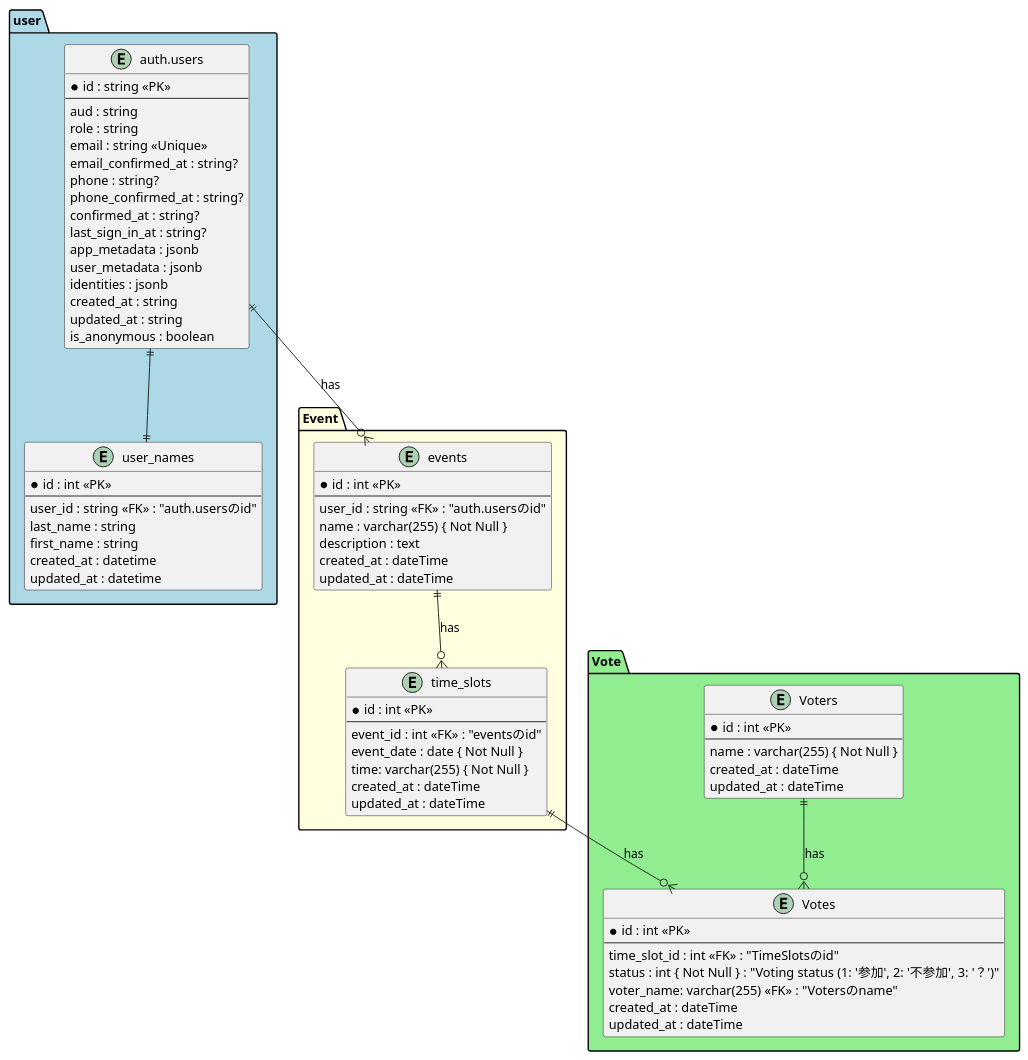
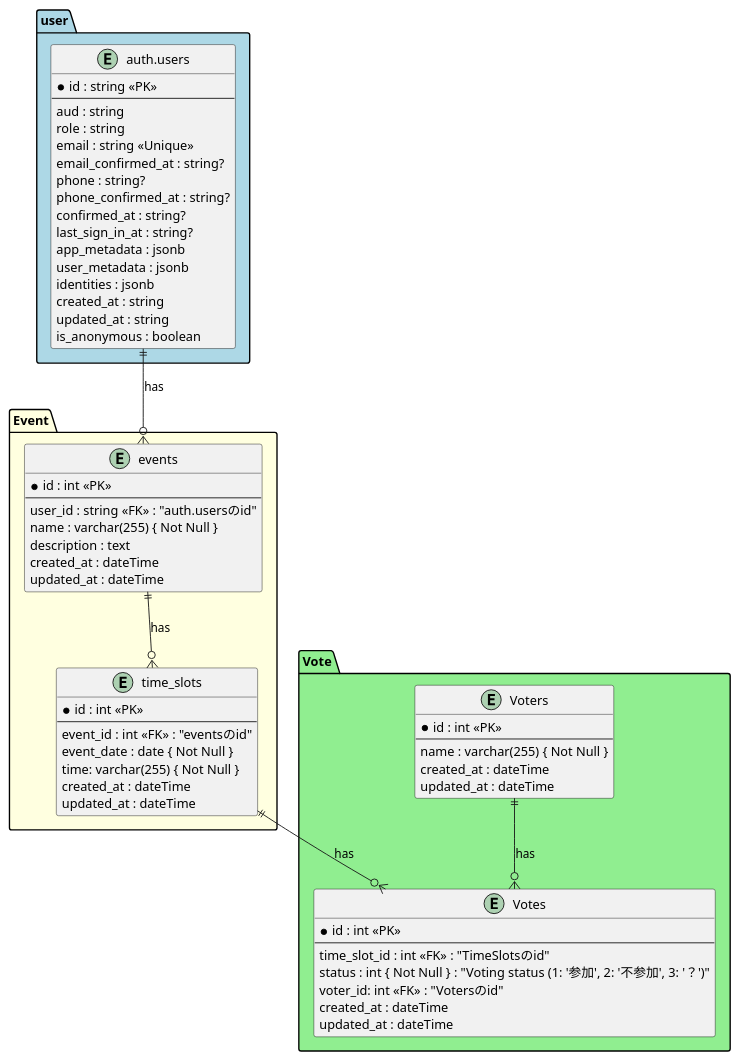
Before and after one commit to makoto0825/Schedule-Arrangement-Application: the diagram in er-diagram.puml, drawn with PlantUML.

Commit message:
🧱 ユーザーテーブルの削除およびVotesのFKをvoter_idに変更

```diff
--- a/er-diagram.puml
+++ b/er-diagram.puml
@@ -1,96 +1,96 @@
 @startuml
 
 package "user" #LightBlue {
   ' Supabaseのdefaultで存在するauth.usersテーブルを利用するので実際にはこのテーブルは作成しません
   ' https://supabase.com/docs/guides/auth/users
   entity "auth.users" as auth_users {
     * id : string <<PK>>  
     --
     aud : string  
     role : string  
     email : string <<Unique>>  
     email_confirmed_at : string?  
     phone : string?  
     phone_confirmed_at : string?  
     confirmed_at : string?  
     last_sign_in_at : string?  
     app_metadata : jsonb  
     user_metadata : jsonb  
     identities : jsonb  
     created_at : string  
     updated_at : string  
     is_anonymous : boolean  
   }
 
   ' users テーブル : "ユーザー"
-  entity "user_names" as user_names {
-    * id : int <<PK>>
-    --
-    user_id : string <<FK>> : "auth.usersのid"
-    last_name : string
-    first_name : string
-    created_at : datetime
-    updated_at : datetime
-  }
+  ' entity "user_names" as user_names {
+  '   * id : int <<PK>>
+  '   --
+  '   user_id : string <<FK>> : "auth.usersのid"
+  '   last_name : string
+  '   first_name : string
+  '   created_at : datetime
+  '   updated_at : datetime
+  ' }
 }
 
 
 package "Event" #LightYellow {
   ' events テーブル
   entity "events" as events {
     * id : int <<PK>>
     --
     user_id : string <<FK>> : "auth.usersのid"
     name : varchar(255) { Not Null } 
     description : text
     created_at : dateTime
     updated_at : dateTime
   }
 
   ' TimeSlots テーブル 
   entity "time_slots" as time_slots {
     * id : int <<PK>>
     --
     event_id : int <<FK>> : "eventsのid"
     event_date : date { Not Null }
     time: varchar(255) { Not Null }
     created_at : dateTime
     updated_at : dateTime
   }
 }
 
 package "Vote" #LightGreen {
   ' Votes テーブル
   entity "Votes" as Votes {
     * id : int <<PK>>
     --
     time_slot_id : int <<FK>> : "TimeSlotsのid"
     status : int { Not Null } : "Voting status (1: '参加', 2: '不参加', 3: '？')"
-    voter_name: varchar(255) <<FK>> : "Votersのname"
+    voter_id: int <<FK>> : "Votersのid"
     created_at : dateTime
     updated_at : dateTime
   }
 
   ' Voters テーブル 
   entity "Voters" as Voters {
     * id : int <<PK>> 
     --
     name : varchar(255) { Not Null } 
     created_at : dateTime
     updated_at : dateTime
   }
 }
 
 ' リレーションシップ
 ' 1つのauth.usersは 1つのuser_namesを持つ（1:1）
-auth_users ||--|| user_names  
+' auth_users ||--|| user_names  
 ' 1つのauth.usersは 複数を持つ（1:N）
 auth_users ||--o{ events : "has"  
 ' 1つのeventsは 複数のtime_slots の event_id を持つ（1:N）
 events ||--o{ time_slots : "has"  
 ' 1つのtime_slot の id は 複数のVotes の event_id を持つ（1:N）
 time_slots ||--o{ Votes : "has"  
 ' 1つのVote の id は 1つのVoterのname を持つ（1:1）
 Voters ||--o{ Votes : "has"
 
 @enduml
```
